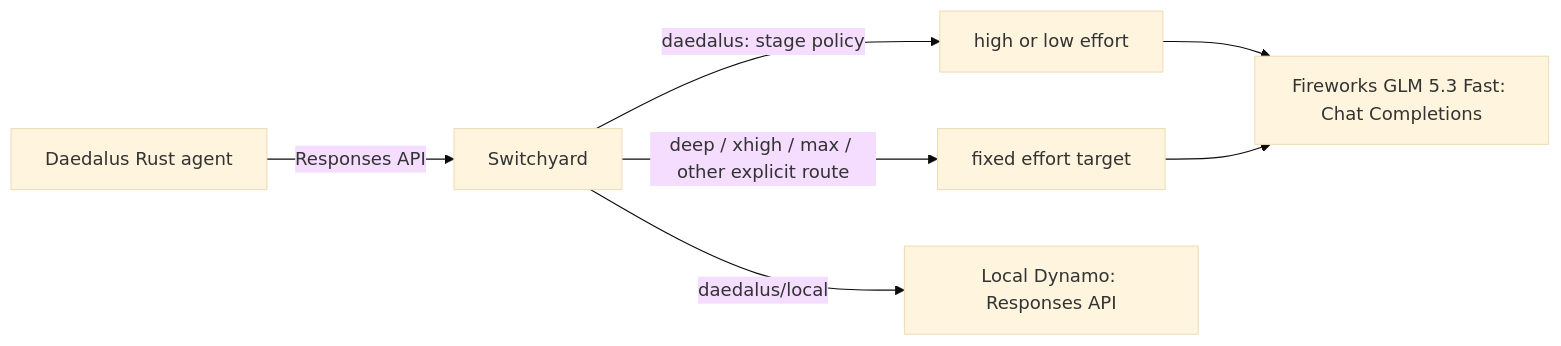
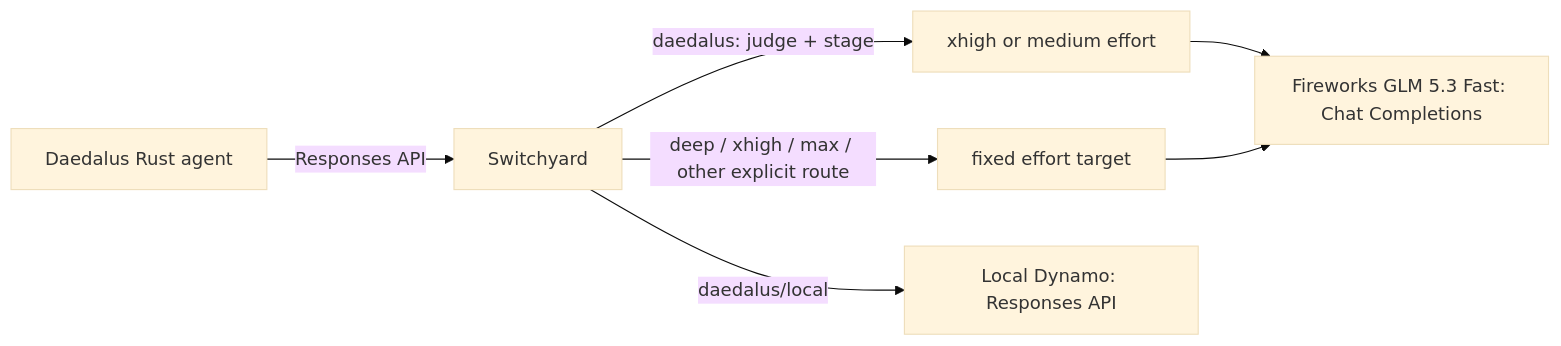
One commit to tuttlebr/daedalus-switchyard changed the diagram in README.md. Above: the diagram before and after it, drawn with Mermaid (base theme). The commit also changed other lines of this file and 16 other files, not shown here.

````diff
--- a/README.md
+++ b/README.md
@@ -18,9 +19,9 @@
 ```mermaid
 flowchart LR
   A[Daedalus Rust agent] -->|Responses API| B[Switchyard]
-  B -->|daedalus: stage policy| C[high or low effort]
+  B -->|daedalus: judge + stage| C[xhigh or medium effort]
   B -->|deep / xhigh / max / other explicit route| D[fixed effort target]
   C --> E[Fireworks GLM 5.3 Fast: Chat Completions]
   D --> E
   B -->|daedalus/local| F[Local Dynamo: Responses API]
 ```
````
